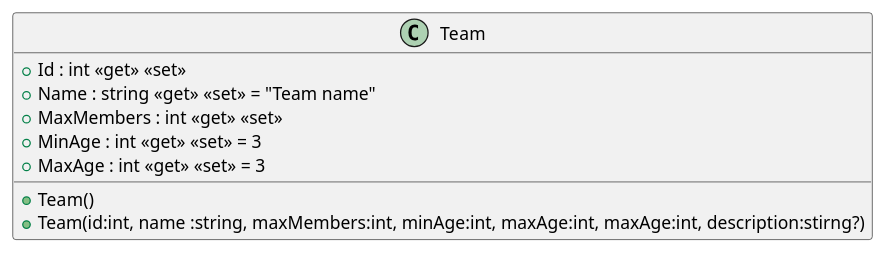
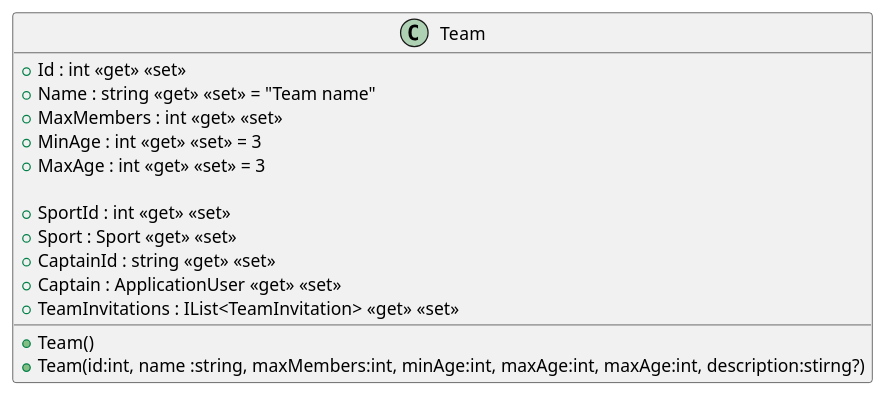
One commit to SEII2627LosBalicki/ISII2627LosBalicki changed the diagram in src/AppForSEII.API/ClassDiagram/Team.puml. Above: the diagram before and after it, drawn with PlantUML.

```diff
--- a/src/AppForSEII.API/ClassDiagram/Team.puml
+++ b/src/AppForSEII.API/ClassDiagram/Team.puml
@@ -1,12 +1,18 @@
 @startuml 
 class Team {
     + Id : int <<get>> <<set>>
     + Name : string <<get>> <<set>> = "Team name"
     + MaxMembers : int <<get>> <<set>>
     + MinAge : int <<get>> <<set>> = 3
     + MaxAge : int <<get>> <<set>> = 3
+    
+    + SportId : int <<get>> <<set>>
+    + Sport : Sport <<get>> <<set>>
+    + CaptainId : string <<get>> <<set>>
+    + Captain : ApplicationUser <<get>> <<set>>
+    + TeamInvitations : IList<TeamInvitation> <<get>> <<set>>
     + Team()
     + Team(id:int, name :string, maxMembers:int, minAge:int, maxAge:int, maxAge:int, description:stirng?)
 
 }
 @enduml
```
